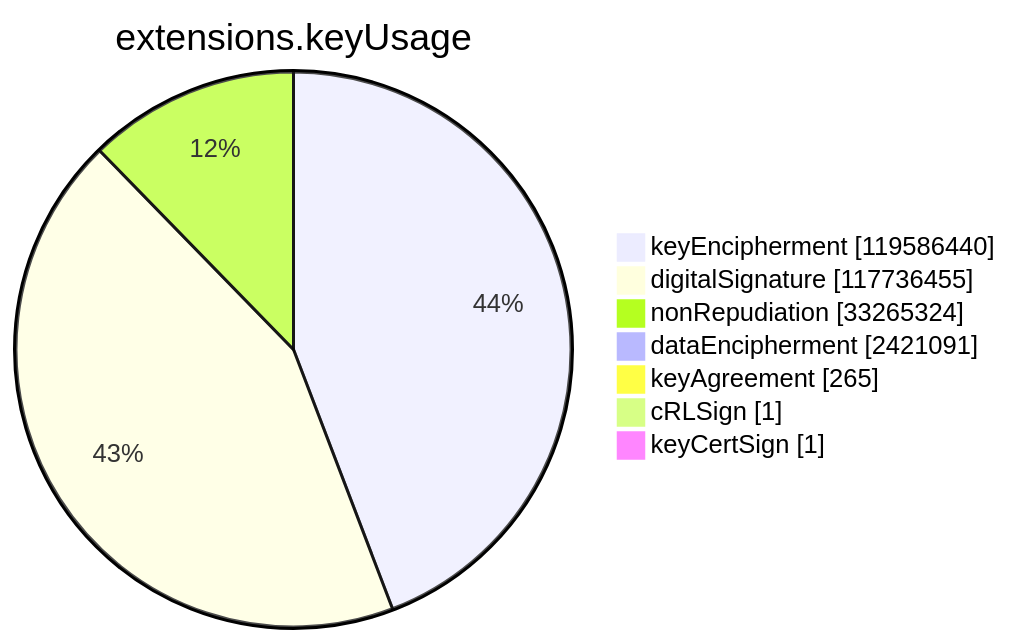
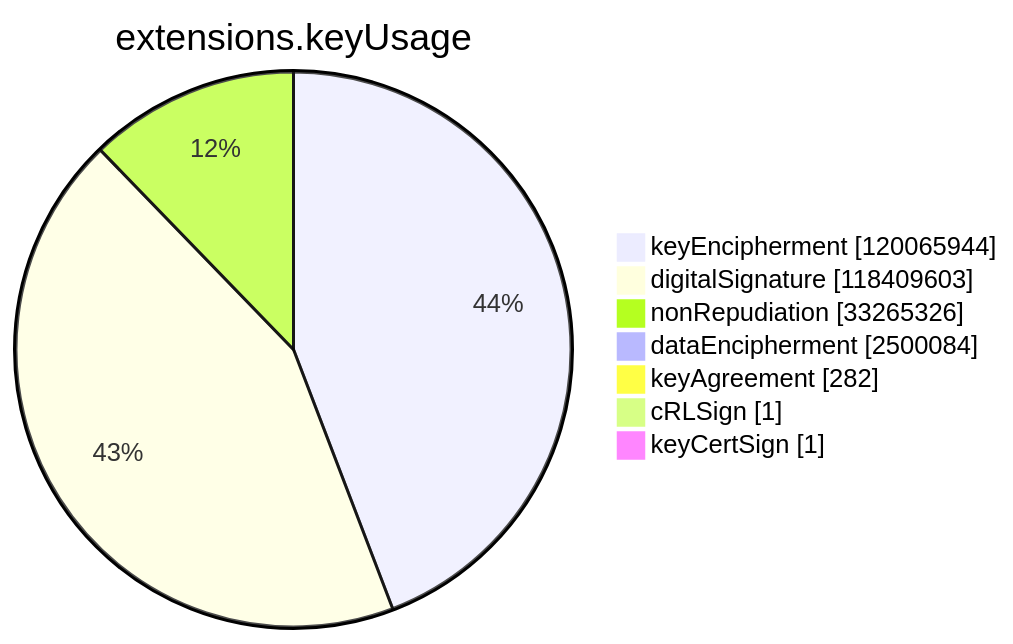
The sixth of 15 diagrams in xenon2023/README.md (christiankrug/ctmonitor_visualization), drawn with Mermaid before and after one commit. The commit also changed other lines of this file, not shown here.

````diff
--- a/xenon2023/README.md
+++ b/xenon2023/README.md
@@ -2147,11 +2148,11 @@
 ```mermaid
 pie showData
 title extensions.keyUsage
-"keyEncipherment" :119586440
-"digitalSignature" :117736455
-"nonRepudiation" :33265324
-"dataEncipherment" :2421091
-"keyAgreement" :265
+"keyEncipherment" :120065944
+"digitalSignature" :118409603
+"nonRepudiation" :33265326
+"dataEncipherment" :2500084
+"keyAgreement" :282
 "cRLSign" :1
 "keyCertSign" :1
 ```
````
